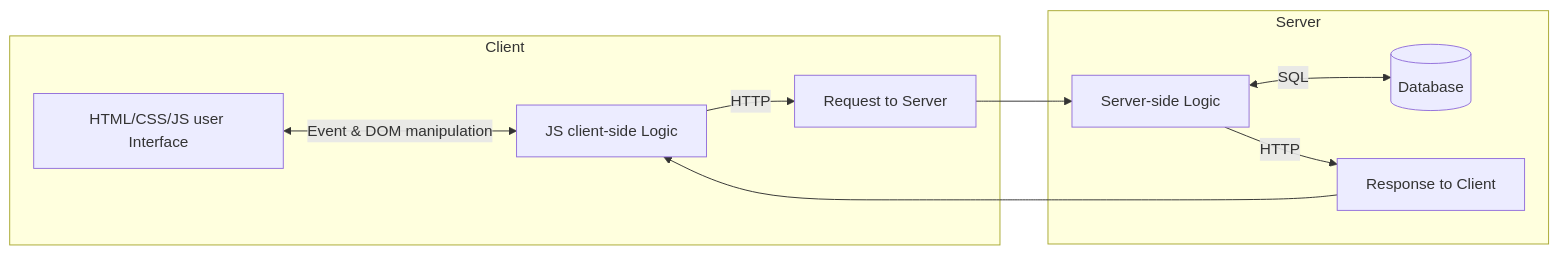
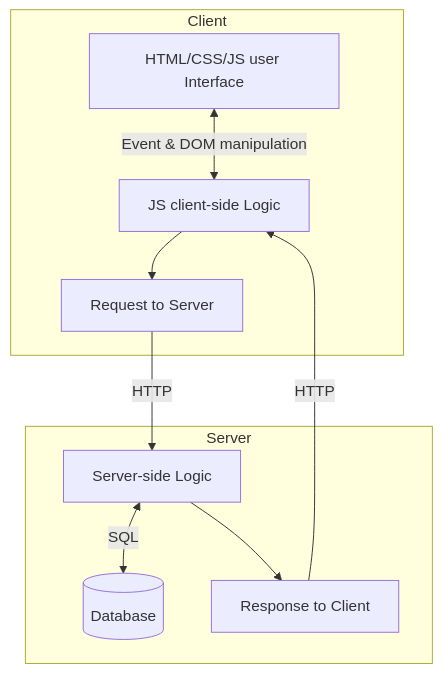
The first of 2 diagrams in README.md (mattpe/ohjelmisto12-esim-k24), drawn with Mermaid before and after one commit. The commit also changed other lines of this file, not shown here.

````diff
--- a/README.md
+++ b/README.md
@@ -10,17 +10,16 @@
 ```mermaid
-graph LR
+graph TD
 
 subgraph Client
    A[HTML/CSS/JS user Interface] <-- Event & DOM manipulation --> B
-   B[JS client-side Logic] -- HTTP --> C[Request to Server]
+   B[JS client-side Logic] --> C[Request to Server]
 end
 
 subgraph Server
-   C --> D[Server-side Logic]
    D <-- SQL --> E[(Database)]
-   D -- HTTP --> F[Response to Client]
-
+   D --> F[Response to Client]
 end
 
-F --> B
+C -- HTTP --> D[Server-side Logic]
+F -- HTTP --> B
 ```
````
